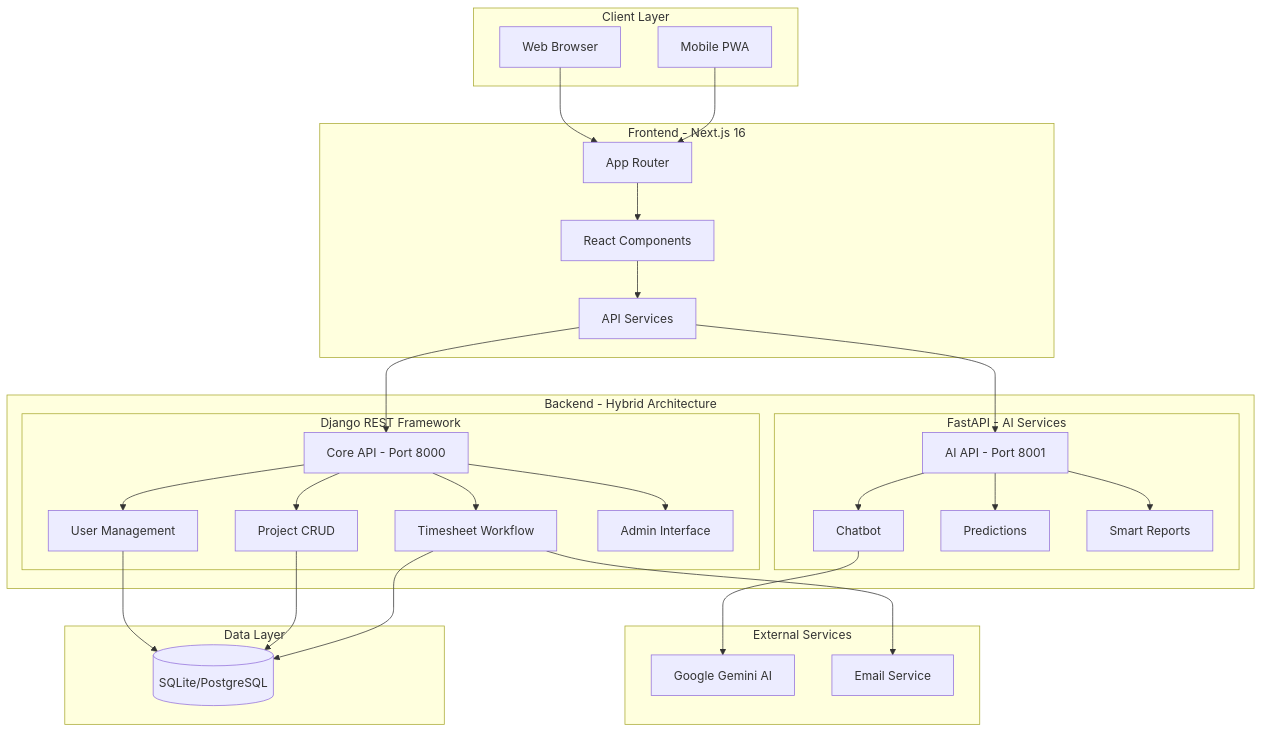
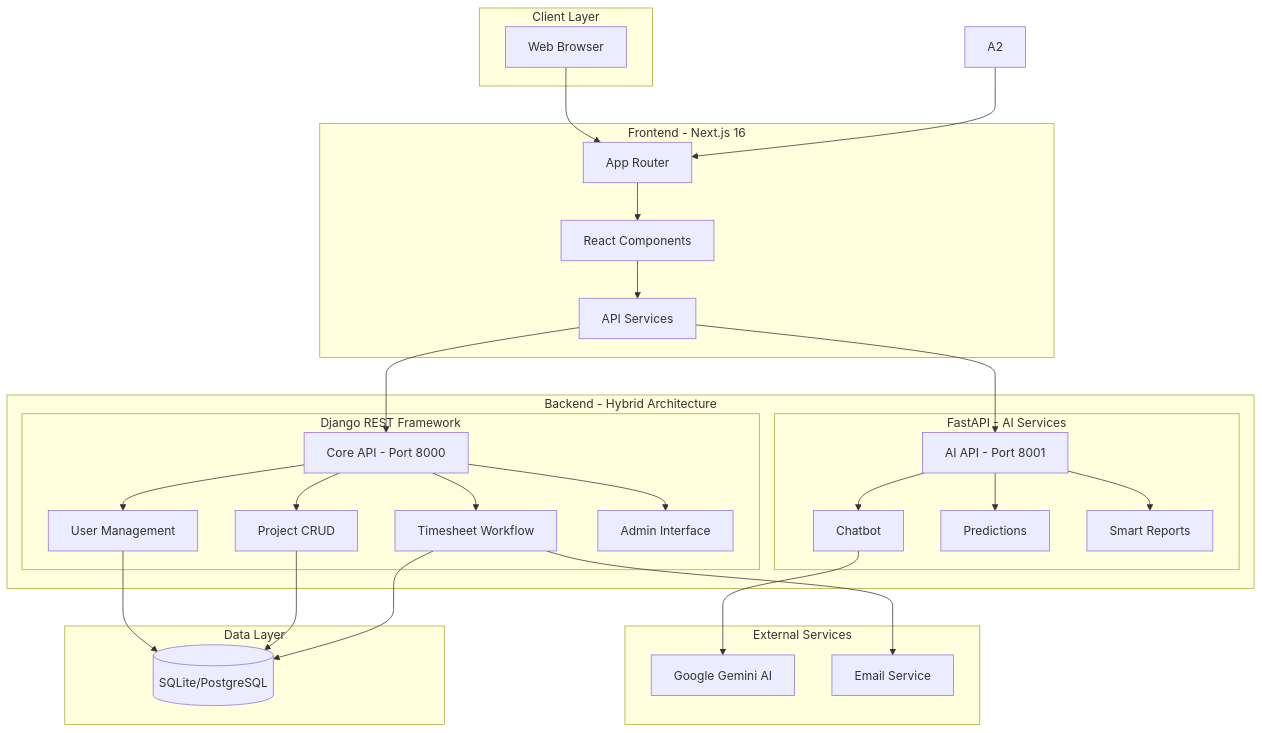
Before and after one commit to agusain2001/timesheet: the first of 4 diagrams in architecture.md, drawn with Mermaid.

Commit message:
changes in architecture.md

````diff
--- a/architecture.md
+++ b/architecture.md
@@ -13,63 +13,62 @@
 ```mermaid
 graph TB
     subgraph "Client Layer"
         A1[Web Browser]
-        A2[Mobile PWA]
     end
     
     subgraph "Frontend - Next.js 16"
         B1[App Router]
         B2[React Components]
         B3[API Services]
     end
     
     subgraph "Backend - Hybrid Architecture"
         subgraph "Django REST Framework"
             C1[Core API - Port 8000]
             C2[User Management]
             C3[Project CRUD]
             C4[Timesheet Workflow]
             C5[Admin Interface]
         end
         
         subgraph "FastAPI - AI Services"
             D1[AI API - Port 8001]
             D2[Chatbot]
             D3[Predictions]
             D4[Smart Reports]
         end
     end
     
     subgraph "External Services"
         E1[Google Gemini AI]
         E2[Email Service]
     end
     
     subgraph "Data Layer"
         F1[(SQLite/PostgreSQL)]
     end
     
     A1 --> B1
     A2 --> B1
     
     B1 --> B2
     B2 --> B3
     B3 --> C1
     B3 --> D1
     
     C1 --> C2
     C1 --> C3
     C1 --> C4
     C1 --> C5
     
     D1 --> D2
     D1 --> D3
     D1 --> D4
     
     D2 --> E1
     C4 --> E2
     
     C2 --> F1
     C3 --> F1
     C4 --> F1
 ```
````
